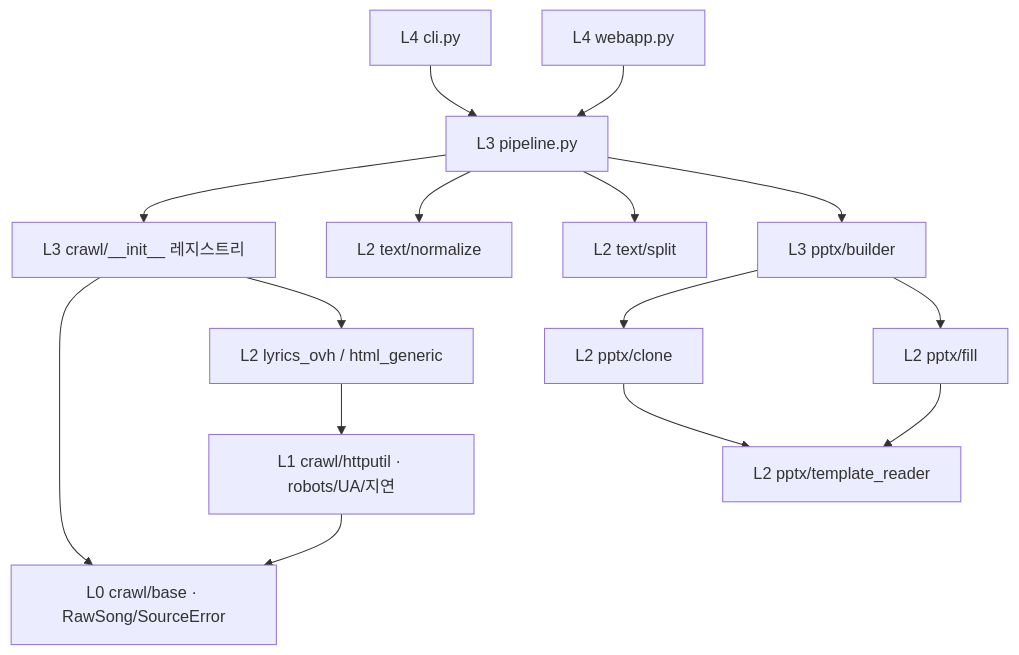
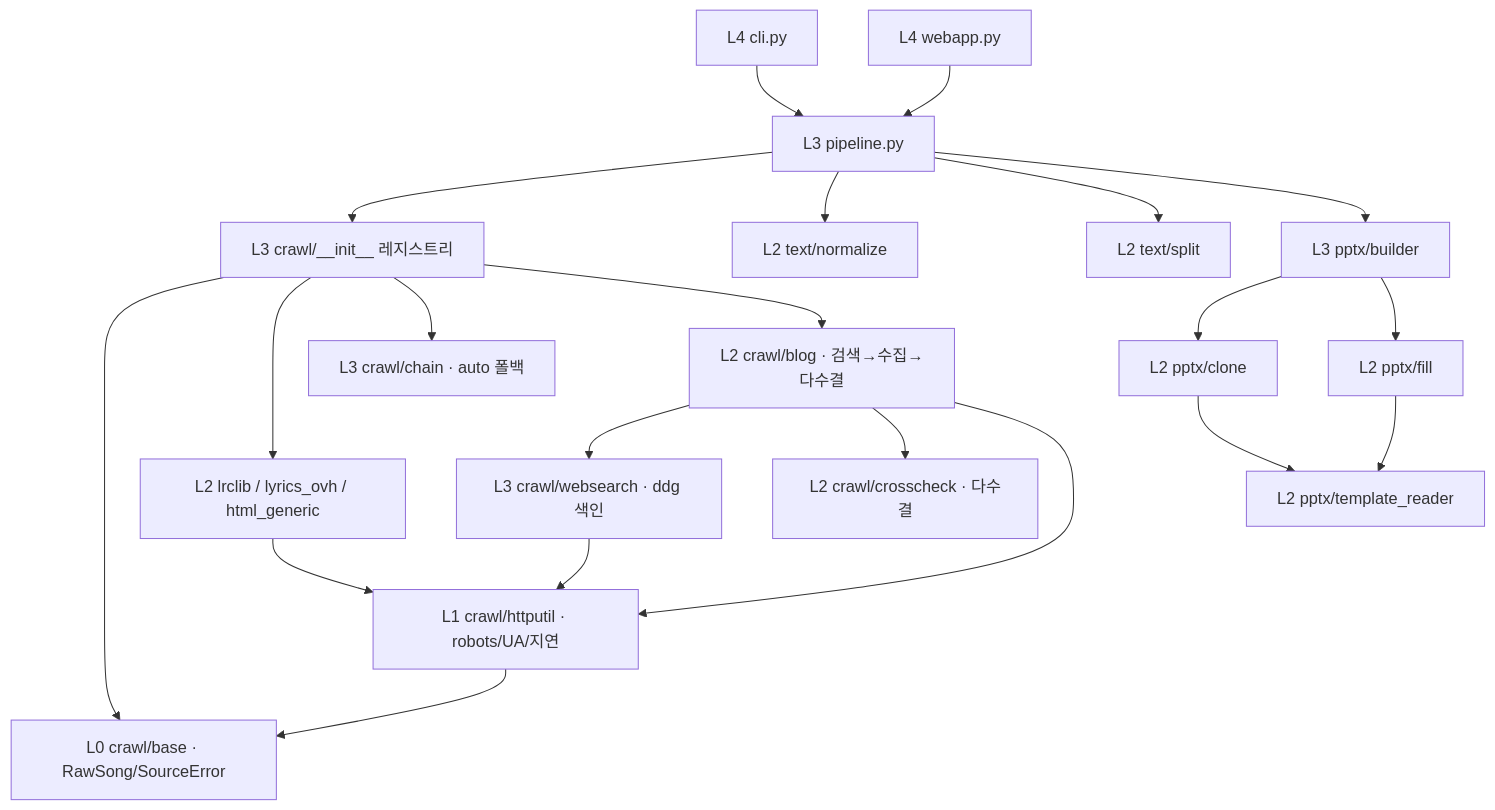
One commit to CrashedSystem/lyrics2pptx changed the diagram in 아키텍처.md. Above: the diagram before and after it, drawn with Mermaid. The commit also changed other lines of this file and 42 other files, not shown here.

First line of the commit message:
feat: web-search blog collector + majority-vote cross-check, default source auto (ADR-018)

````diff
--- a/아키텍처.md
+++ b/아키텍처.md
@@ -37,17 +37,23 @@
 ```mermaid
 graph TD
   CLI["L4 cli.py"] --> PIPE["L3 pipeline.py"]
   WEB["L4 webapp.py"] --> PIPE
   PIPE --> REG["L3 crawl/__init__ 레지스트리"]
   PIPE --> NORM["L2 text/normalize"]
   PIPE --> SPLIT["L2 text/split"]
   PIPE --> BUILD["L3 pptx/builder"]
   REG --> CBASE["L0 crawl/base · RawSong/SourceError"]
-  REG --> ADAPTER["L2 lyrics_ovh / html_generic"]
+  REG --> ADAPTER["L2 lrclib / lyrics_ovh / html_generic"]
+  REG --> CHAIN["L3 crawl/chain · auto 폴백"]
+  REG --> BLOG["L2 crawl/blog · 검색→수집→다수결"]
+  BLOG --> WS["L3 crawl/websearch · ddg 색인"]
+  BLOG --> XCHK["L2 crawl/crosscheck · 다수결"]
   ADAPTER --> HTTP["L1 crawl/httputil · robots/UA/지연"]
+  BLOG --> HTTP
+  WS --> HTTP
   HTTP --> CBASE
   BUILD --> CLONE["L2 pptx/clone"]
   BUILD --> FILL["L2 pptx/fill"]
   CLONE --> TREAD["L2 pptx/template_reader"]
   FILL --> TREAD
 ```
````
